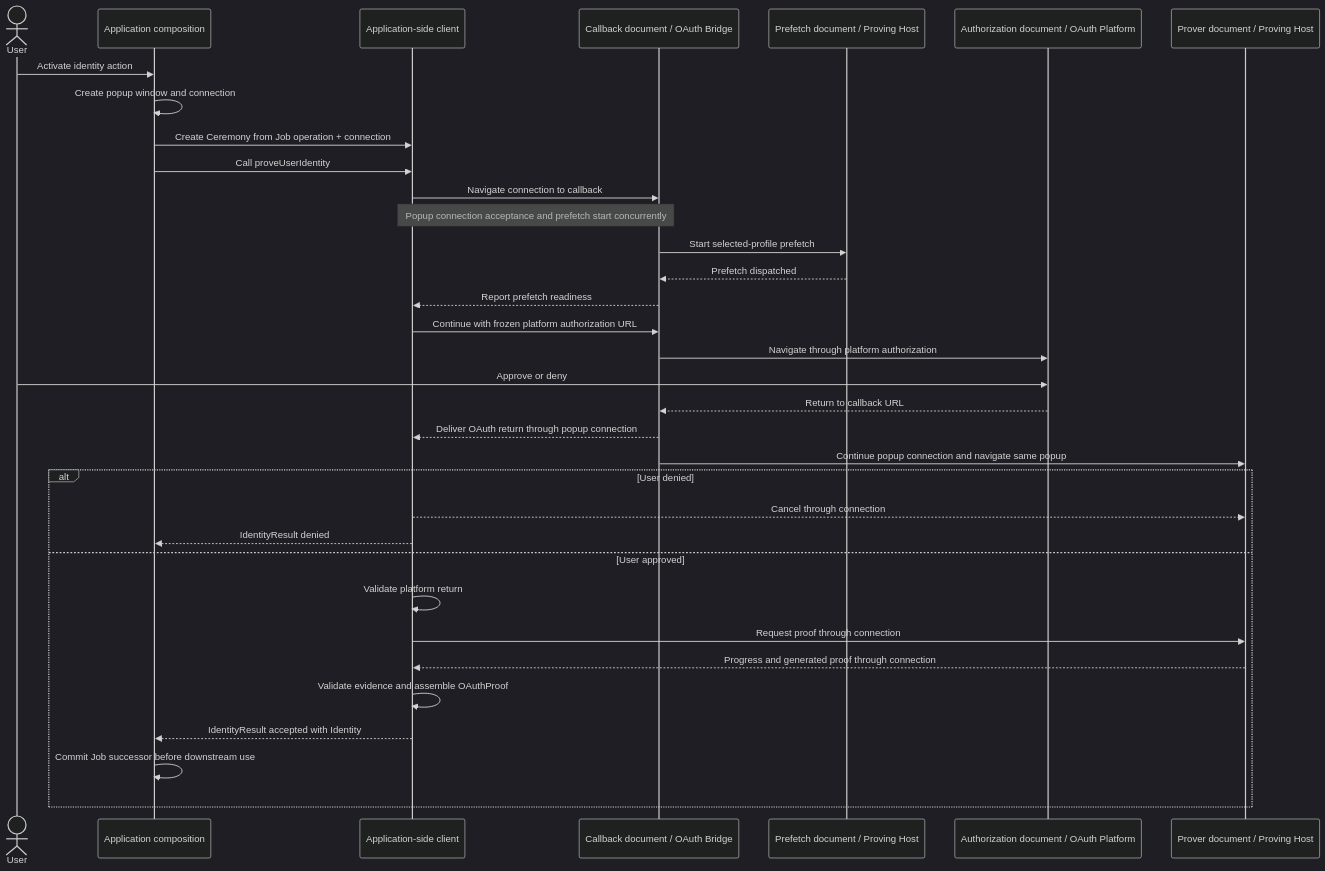
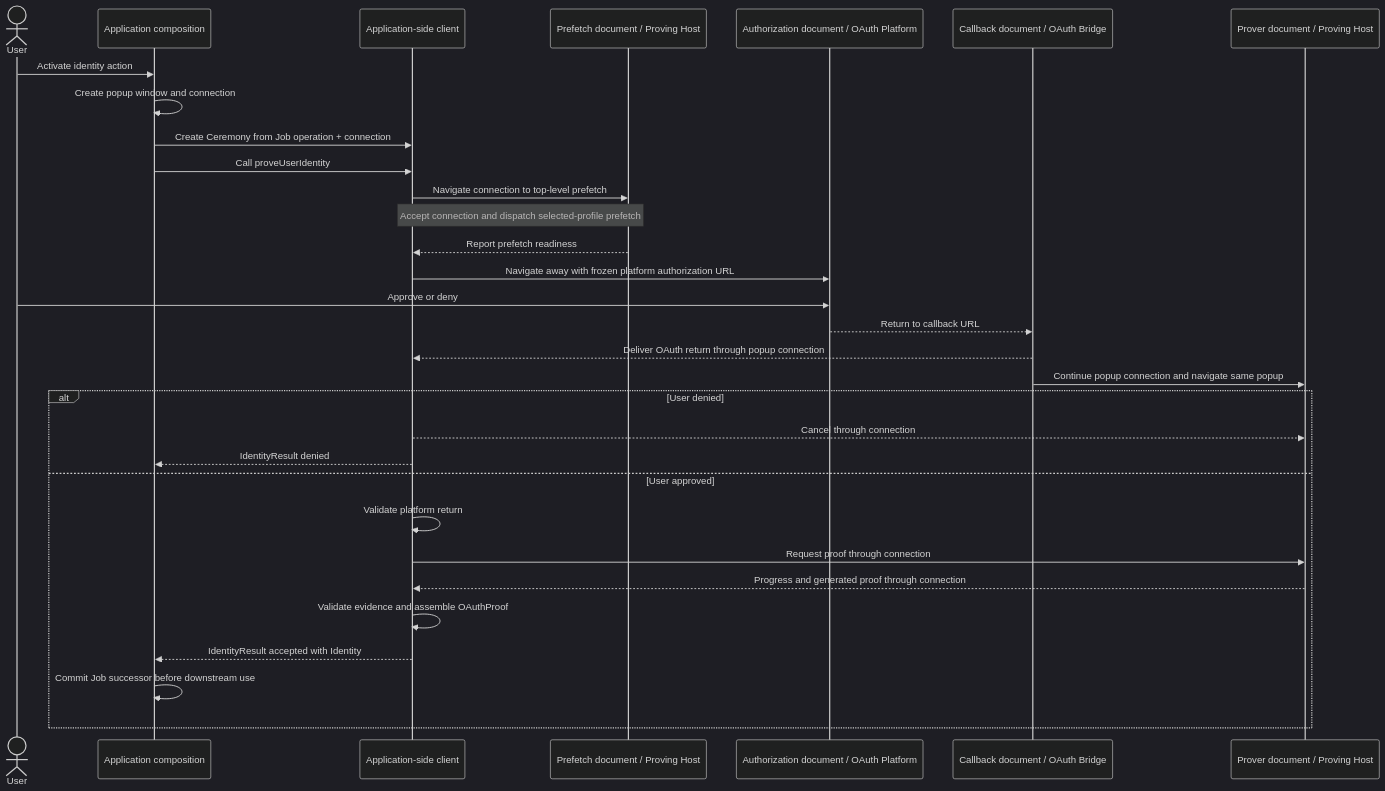
One commit to libid-org/libid changed the diagram in ts/packages/ceremony/ARCHITECTURE.md. Above: the diagram before and after it, drawn with Mermaid (dark theme). The commit also changed other lines of this file and 5 other files, not shown here.

````diff
--- a/ts/packages/ceremony/ARCHITECTURE.md
+++ b/ts/packages/ceremony/ARCHITECTURE.md
@@ -43,37 +43,34 @@
 ```mermaid
 sequenceDiagram
     actor U as User
     participant A as Application composition
     participant C as Application-side client
-    participant P as Callback document / OAuth Bridge
     participant F as Prefetch document / Proving Host
     participant O as Authorization document / OAuth Platform
+    participant P as Callback document / OAuth Bridge
     participant R as Prover document / Proving Host
 
     U->>A: Activate identity action
     A->>A: Create popup window and connection
     A->>C: Create Ceremony from Job operation + connection
     A->>C: Call proveUserIdentity
-    C->>P: Navigate connection to callback
-    Note over C,P: Popup connection acceptance and prefetch start concurrently
-    P->>F: Start selected-profile prefetch
-    F-->>P: Prefetch dispatched
-    P-->>C: Report prefetch readiness
-    C->>P: Continue with frozen platform authorization URL
-    P->>O: Navigate through platform authorization
+    C->>F: Navigate connection to top-level prefetch
+    Note over C,F: Accept connection and dispatch selected-profile prefetch
+    F-->>C: Report prefetch readiness
+    C->>O: Navigate away with frozen platform authorization URL
     U->>O: Approve or deny
     O-->>P: Return to callback URL
     P-->>C: Deliver OAuth return through popup connection
     P->>R: Continue popup connection and navigate same popup
     alt User denied
         C-->>R: Cancel through connection
         C-->>A: IdentityResult denied
     else User approved
         C->>C: Validate platform return
         C->>R: Request proof through connection
         R-->>C: Progress and generated proof through connection
         C->>C: Validate evidence and assemble OAuthProof
         C-->>A: IdentityResult accepted with Identity
         A->>A: Commit Job successor before downstream use
     end
 ```
````
